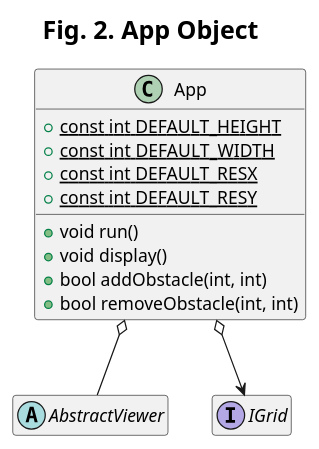
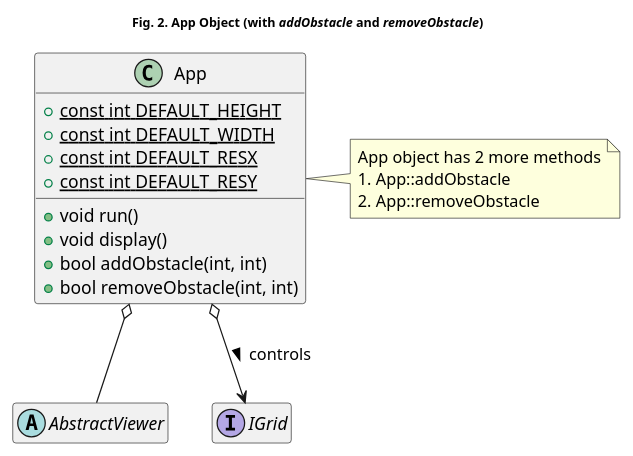
One commit to kanmeugne/kanmeugne.github.io changed the second of 4 diagrams in _posts/modsim/2020-10-04-2d-grid-obstacles.md. Above: the diagram before and after it, drawn with PlantUML. The commit also changed other lines of this file and 2 other files, not shown here.

Commit message:
improve graphics and article structure

```diff
--- a/_posts/modsim/2020-10-04-2d-grid-obstacles.md
+++ b/_posts/modsim/2020-10-04-2d-grid-obstacles.md
@@ -99,22 +98,28 @@
 {% plantuml %}
 @startuml
-title: <size:20>Fig. 2. App Object</size>
+title: <size:10>Fig. 2. App Object (with <i>addObstacle</i> and <i>removeObstacle</i>)</size>
 class App {
     + {static} const int DEFAULT_HEIGHT
     + {static} const int DEFAULT_WIDTH
     + {static} const int DEFAULT_RESX
     + {static} const int DEFAULT_RESY
     + void run()
     + void display()
     + bool addObstacle(int, int)
     + bool removeObstacle(int, int)
 }
+
+note right
+App object has 2 more methods
+# App::addObstacle
+# App::removeObstacle
+end note
 abstract class AbstractViewer
 interface IGrid
 App o-- AbstractViewer
-App o--> IGrid
+App o--> IGrid : controls >
 hide IGrid members
 hide AbstractViewer members
 
 @enduml
 {% endplantuml %}
```
